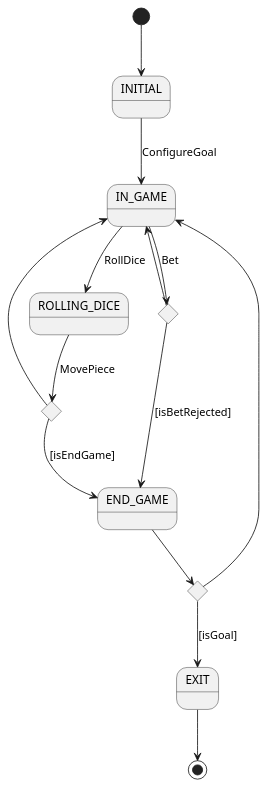
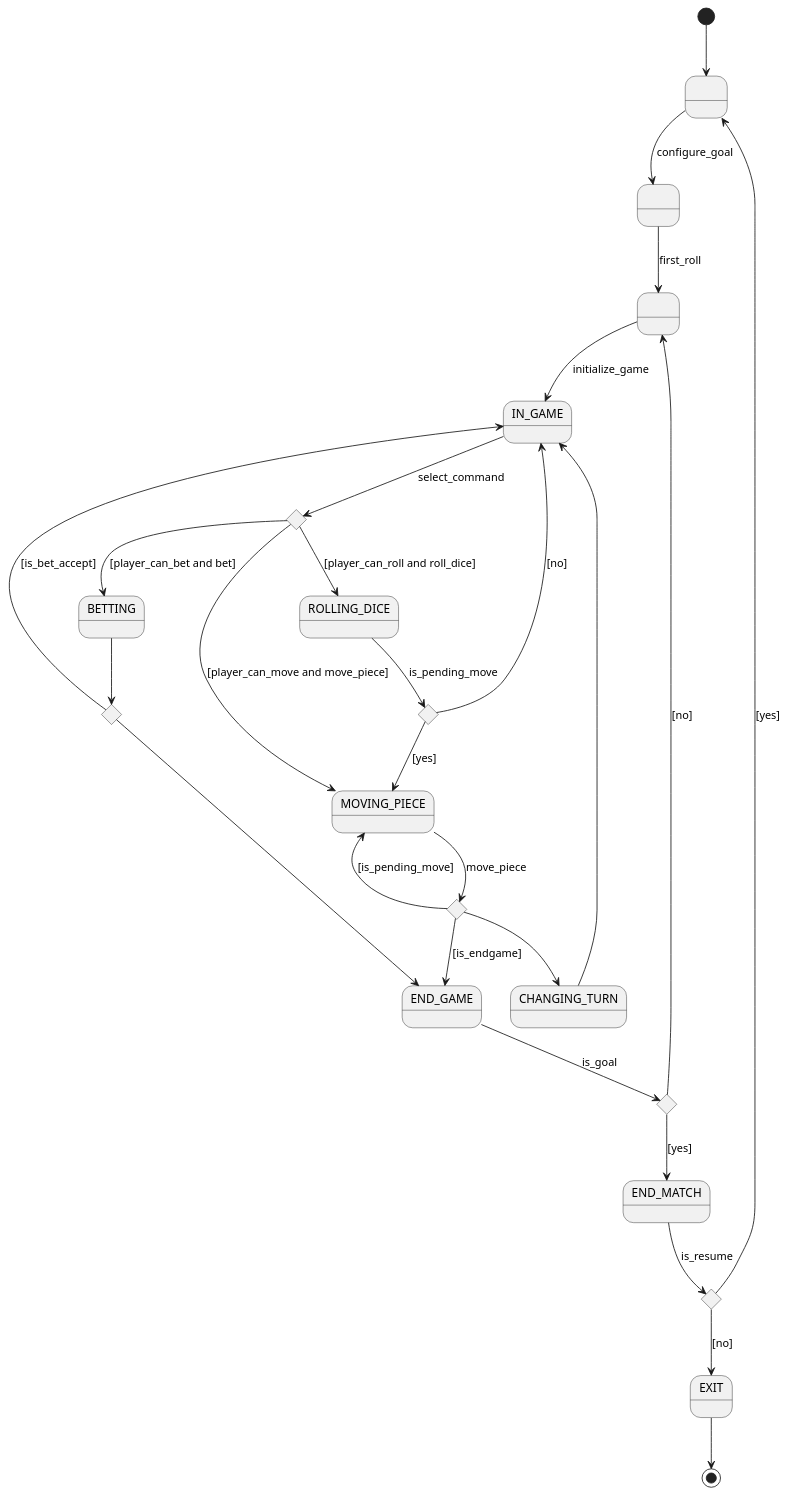
One commit to USantaTecla-game-backgammon/backgammon changed the diagram in docs/context/context.puml. Above: the diagram before and after it, drawn with PlantUML. The commit also changed 13 other files, not shown here.

```diff
--- a/docs/context/context.puml
+++ b/docs/context/context.puml
@@ -1,24 +1,56 @@
 @startuml contexto
-state INITIAL
+
+state INITIAL as " "
+state CONFIG as " "
+state FIRST_PLAYER as " "
 state IN_GAME
 state ROLLING_DICE
+state CHANGING_TURN
 state END_GAME
+state END_MATCH
 state EXIT
-state if_end_game <<choice>>
-state if_is_goal <<choice>>
-state if_bet_rejected <<choice>>
+
+state is_bet_accept <<choice>>
+state is_pending_move <<choice>>
+state is_moved <<choice>>
+state is_goal <<choice>>
+state is_resume <<choice>>
+state select_command <<choice>>
+
 
 [*] --> INITIAL
-INITIAL --> IN_GAME: ConfigureGoal
-ROLLING_DICE --> if_end_game: MovePiece
-IN_GAME --> ROLLING_DICE: RollDice
-IN_GAME --> if_bet_rejected: Bet
-if_bet_rejected --> IN_GAME
-if_bet_rejected --> END_GAME: [isBetRejected]
-if_end_game --> END_GAME: [isEndGame]
-if_end_game --> IN_GAME
-END_GAME --> if_is_goal
-if_is_goal --> IN_GAME
-if_is_goal --> EXIT: [isGoal]
+INITIAL --> CONFIG: configure_goal
+CONFIG --> FIRST_PLAYER: first_roll
+FIRST_PLAYER --> IN_GAME: initialize_game
+
+IN_GAME --> select_command: select_command
+
+select_command --> BETTING: [player_can_bet and bet]
+select_command --> ROLLING_DICE: [player_can_roll and roll_dice]
+select_command --> MOVING_PIECE: [player_can_move and move_piece]
+
+BETTING --> is_bet_accept
+is_bet_accept --> IN_GAME: [is_bet_accept]
+is_bet_accept --> END_GAME
+
+ROLLING_DICE --> is_pending_move: is_pending_move
+is_pending_move --> MOVING_PIECE: [yes]
+is_pending_move --> IN_GAME: [no]
+
+MOVING_PIECE --> is_moved: move_piece
+is_moved --> END_GAME: [is_endgame]
+is_moved --> MOVING_PIECE: [is_pending_move]
+is_moved --> CHANGING_TURN
+
+CHANGING_TURN --> IN_GAME
+
+END_GAME --> is_goal: is_goal
+is_goal --> FIRST_PLAYER: [no]
+is_goal --> END_MATCH: [yes]
+
+END_MATCH --> is_resume: is_resume
+is_resume --> INITIAL: [yes]
+is_resume --> EXIT: [no]
+
 EXIT --> [*]
 @enduml
```
